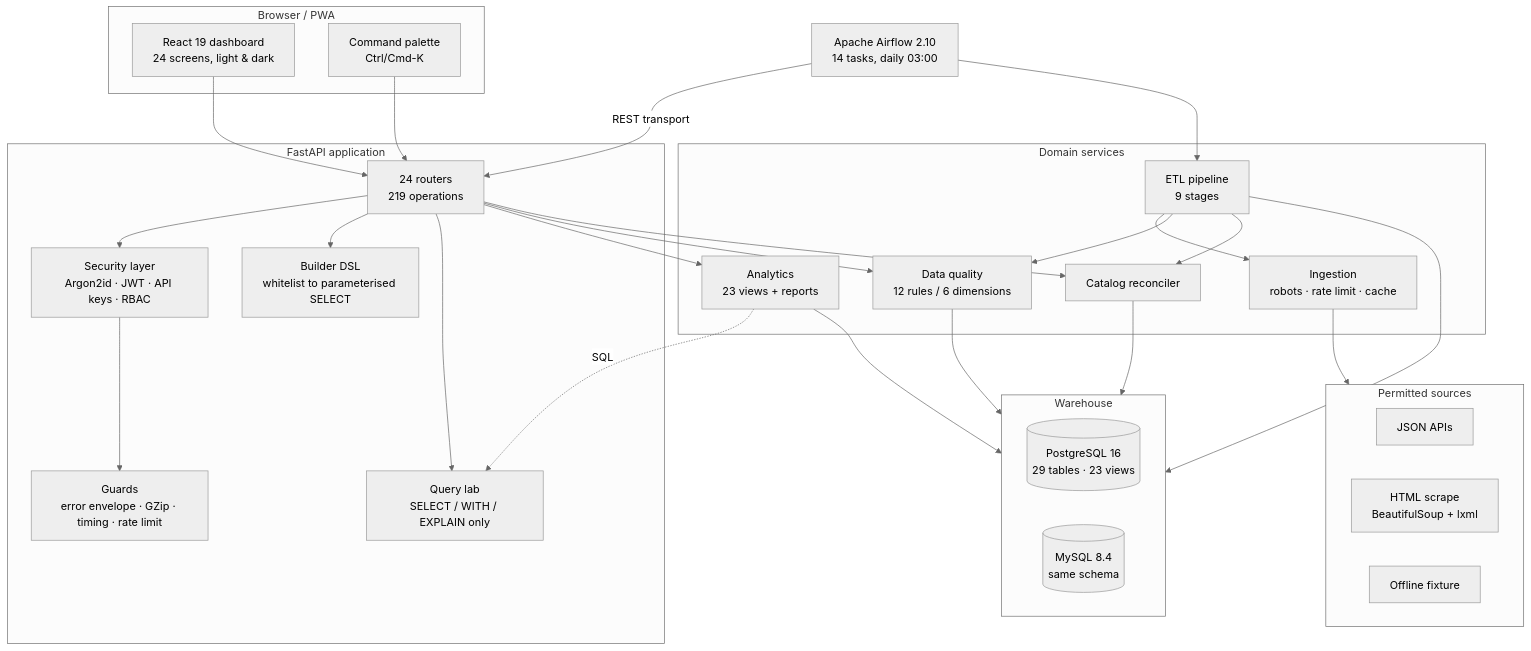
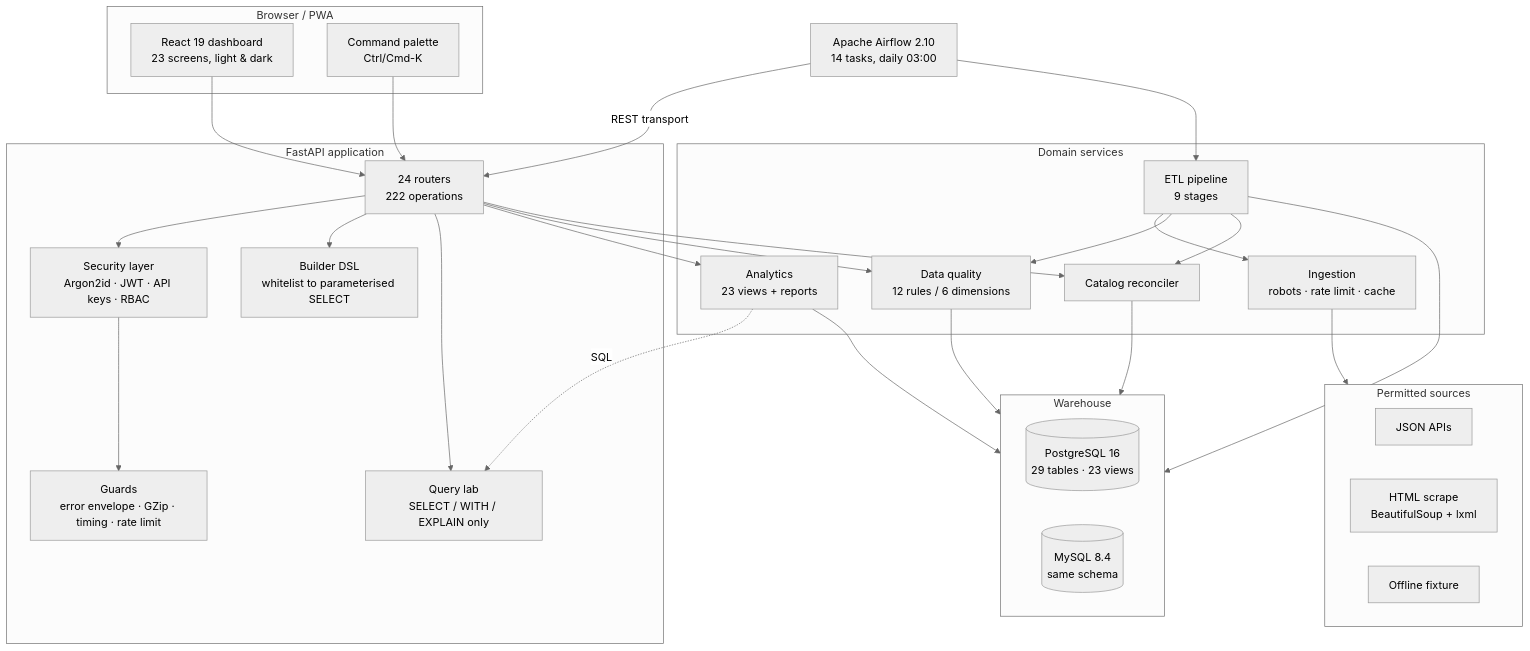
One commit to Ahmedbakr78/Web-to-Warehouse-Product-Intelligence-Pipeline changed diagram 12 of 17 in README.md. Above: the diagram before and after it, drawn with Mermaid (neutral theme). The commit also changed other lines of this file and 187 other files, not shown here.

````diff
--- a/README.md
+++ b/README.md
@@ -796,50 +801,50 @@
 ```mermaid
 graph TB
     subgraph Client["Browser / PWA"]
-        DASH["React 19 dashboard<br/>24 screens, light & dark"]
+        DASH["React 19 dashboard<br/>23 screens, light & dark"]
         PAL["Command palette<br/>Ctrl/Cmd-K"]
     end
     subgraph Edge["FastAPI application"]
-        ROUTES["24 routers<br/>219 operations"]
+        ROUTES["24 routers<br/>222 operations"]
         AUTH["Security layer<br/>Argon2id · JWT · API keys · RBAC"]
         GUARD["Guards<br/>error envelope · GZip · timing · rate limit"]
         BUILDER["Builder DSL<br/>whitelist to parameterised SELECT"]
         QLAB["Query lab<br/>SELECT / WITH / EXPLAIN only"]
     end
     subgraph Domain["Domain services"]
         ING["Ingestion<br/>robots · rate limit · cache"]
         ETL["ETL pipeline<br/>9 stages"]
         DQ["Data quality<br/>12 rules / 6 dimensions"]
         AN["Analytics<br/>23 views + reports"]
         REC["Catalog reconciler"]
     end
     subgraph Store["Warehouse"]
         PG[("PostgreSQL 16<br/>29 tables · 23 views")]
         MY[("MySQL 8.4<br/>same schema")]
     end
     subgraph Sources["Permitted sources"]
         S1["JSON APIs"]
         S2["HTML scrape<br/>BeautifulSoup + lxml"]
         S3["Offline fixture"]
     end
     AF["Apache Airflow 2.10<br/>14 tasks, daily 03:00"]
 
     DASH --> ROUTES
     PAL --> ROUTES
     ROUTES --> AUTH --> GUARD
     ROUTES --> BUILDER
     ROUTES --> QLAB
     ROUTES --> AN
     ROUTES --> DQ
     ROUTES --> REC
     ETL --> ING --> Sources
     ETL --> DQ
     ETL --> REC
     ETL --> Store
     AN --> Store
     DQ --> Store
     REC --> Store
     AN -.SQL.-> QLAB
     AF -->|"REST transport"| ROUTES
     AF --> ETL
 ```
````
